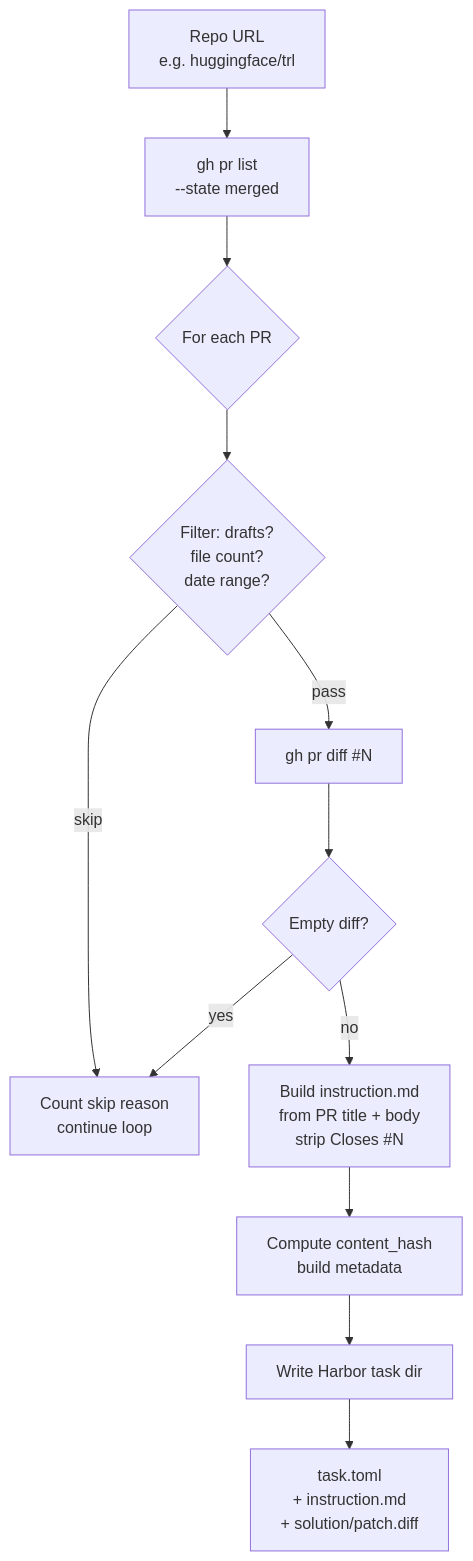
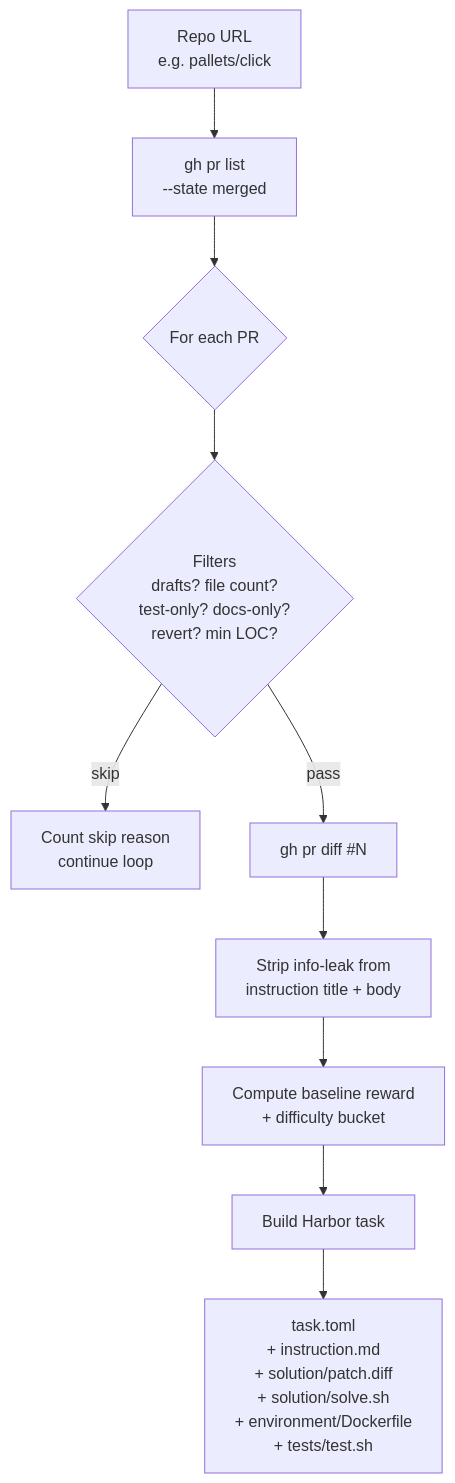
Before and after one commit to HarleyCoops/Repo2RLEnv: the diagram in docs/pipelines/pr_diff.md, drawn with Mermaid. The commit also changed other lines of this file and 16 other files, not shown here.

First line of the commit message:
pr_diff: Harbor-runnable env + 6-component reward + 100-env reference dataset (#40)

````diff
--- a/docs/pipelines/pr_diff.md
+++ b/docs/pipelines/pr_diff.md
@@ -18,14 +19,12 @@
 ```mermaid
 flowchart TD
-    A[Repo URL<br/>e.g. huggingface/trl] --> B[gh pr list<br/>--state merged]
+    A[Repo URL<br/>e.g. pallets/click] --> B[gh pr list<br/>--state merged]
     B --> C{For each PR}
-    C --> D{Filter: drafts?<br/>file count?<br/>date range?}
+    C --> D{Filters<br/>drafts? file count?<br/>test-only? docs-only?<br/>revert? min LOC?}
     D -- skip --> Z[Count skip reason<br/>continue loop]
     D -- pass --> E[gh pr diff #N]
-    E --> F{Empty diff?}
-    F -- yes --> Z
-    F -- no --> G[Build instruction.md<br/>from PR title + body<br/>strip Closes #N]
-    G --> H[Compute content_hash<br/>build metadata]
-    H --> I[Write Harbor task dir]
-    I --> J[task.toml<br/>+ instruction.md<br/>+ solution/patch.diff]
+    E --> F[Strip info-leak from<br/>instruction title + body]
+    F --> G[Compute baseline reward<br/>+ difficulty bucket]
+    G --> H[Build Harbor task]
+    H --> I[task.toml<br/>+ instruction.md<br/>+ solution/patch.diff<br/>+ solution/solve.sh<br/>+ environment/Dockerfile<br/>+ tests/test.sh]
 ```
````
